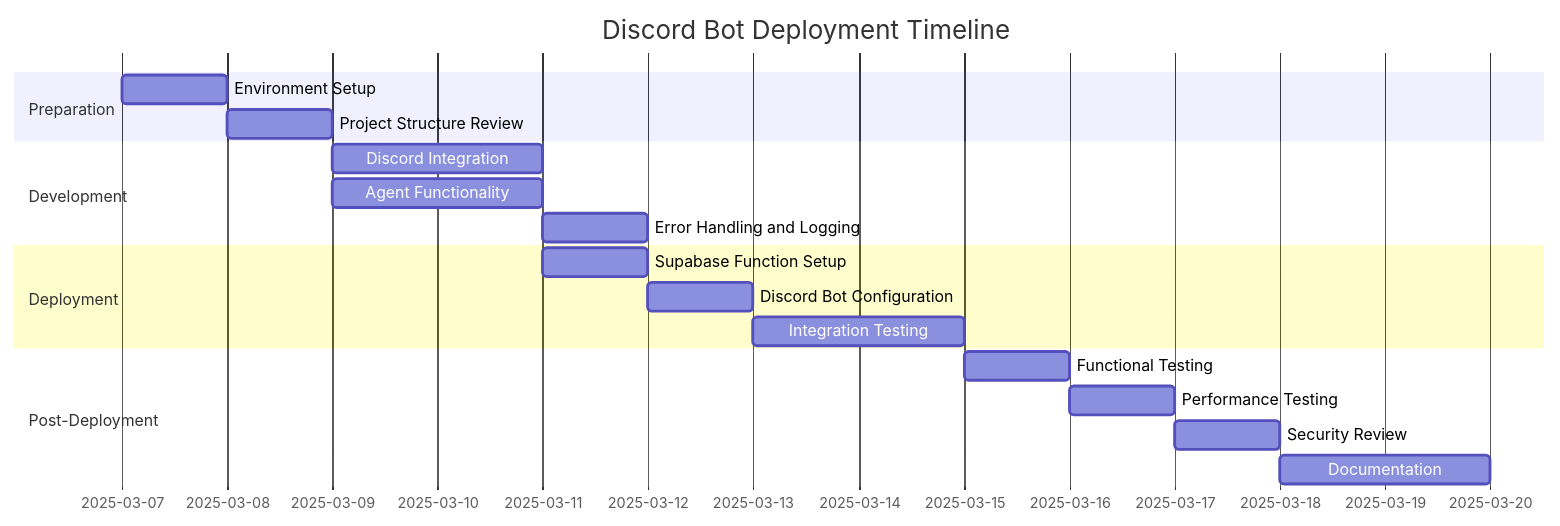
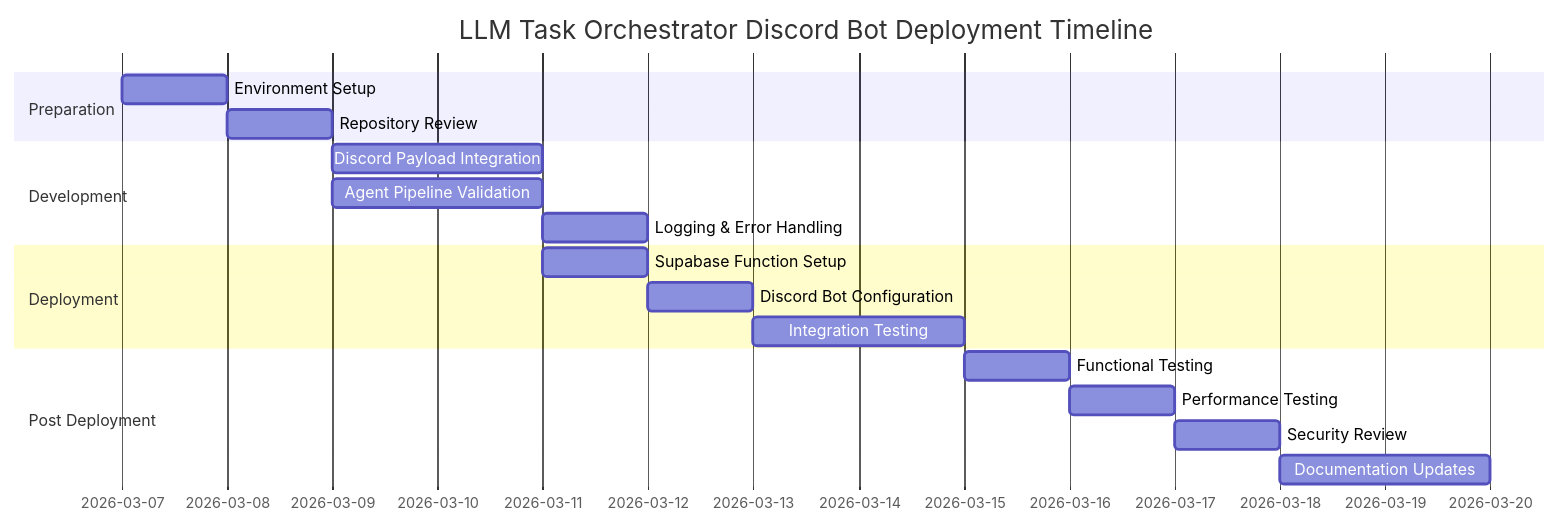
Before and after one commit to Parvezkhan0/LLM-Task-Orchestrator: the second of 2 diagrams in chat_integrations/plans/discord_bot_deployment_plan.md, drawn with Mermaid. The commit also changed other lines of this file, not shown here.

````diff
--- a/chat_integrations/plans/discord_bot_deployment_plan.md
+++ b/chat_integrations/plans/discord_bot_deployment_plan.md
@@ -116,21 +321,25 @@
 ```mermaid
 gantt
-    title Discord Bot Deployment Timeline
+    title LLM Task Orchestrator Discord Bot Deployment Timeline
     dateFormat  YYYY-MM-DD
+
     section Preparation
-    Environment Setup           :a1, 2025-03-07, 1d
-    Project Structure Review    :a2, after a1, 1d
+    Environment Setup           :a1, 2026-03-07, 1d
+    Repository Review           :a2, after a1, 1d
+
     section Development
-    Discord Integration         :b1, after a2, 2d
-    Agent Functionality         :b2, after a2, 2d
-    Error Handling and Logging  :b3, after b1, 1d
+    Discord Payload Integration :b1, after a2, 2d
+    Agent Pipeline Validation   :b2, after a2, 2d
+    Logging & Error Handling    :b3, after b1, 1d
+
     section Deployment
     Supabase Function Setup     :c1, after b2, 1d
     Discord Bot Configuration   :c2, after c1, 1d
     Integration Testing         :c3, after c2, 2d
-    section Post-Deployment
+
+    section Post Deployment
     Functional Testing          :d1, after c3, 1d
     Performance Testing         :d2, after d1, 1d
     Security Review             :d3, after d2, 1d
-    Documentation               :d4, after d3, 2d
+    Documentation Updates       :d4, after d3, 2d
 ```
````
